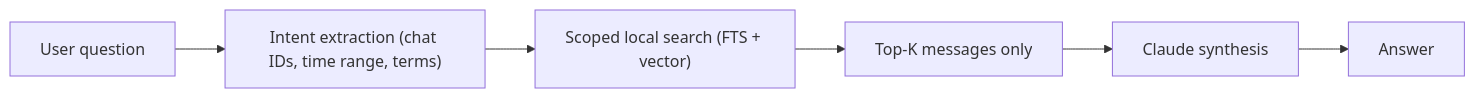
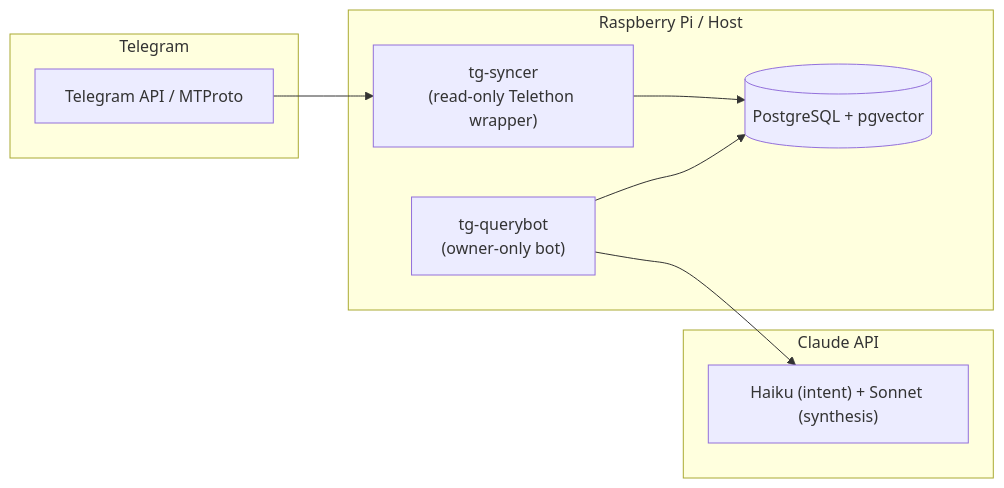
Before and after one commit to obheda12/telelocal: the first of 3 diagrams in README.md, drawn with Mermaid. The commit also changed other lines of this file, not shown here.

````diff
--- a/README.md
+++ b/README.md
@@ -134,8 +79,21 @@
 ```mermaid
 flowchart LR
-    Q["User question"] --> I["Intent extraction (chat IDs, time range, terms)"]
-    I --> S["Scoped local search (FTS + vector)"]
-    S --> K["Top-K messages only"]
-    K --> L["Claude synthesis"]
-    L --> A["Answer"]
+    subgraph Telegram["Telegram"]
+        TG["Telegram API / MTProto"]
+    end
+
+    subgraph Pi["Raspberry Pi / Host"]
+        S["tg-syncer<br/>(read-only Telethon wrapper)"]
+        DB[("PostgreSQL + pgvector")]
+        Q["tg-querybot<br/>(owner-only bot)"]
+    end
+
+    subgraph Cloud["Claude API"]
+        C["Haiku (intent) + Sonnet (synthesis)"]
+    end
+
+    TG --> S
+    S --> DB
+    Q --> DB
+    Q --> C
 ```
````
